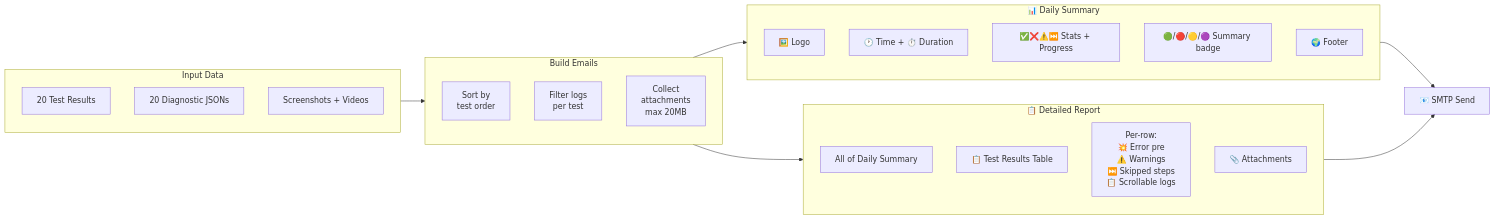
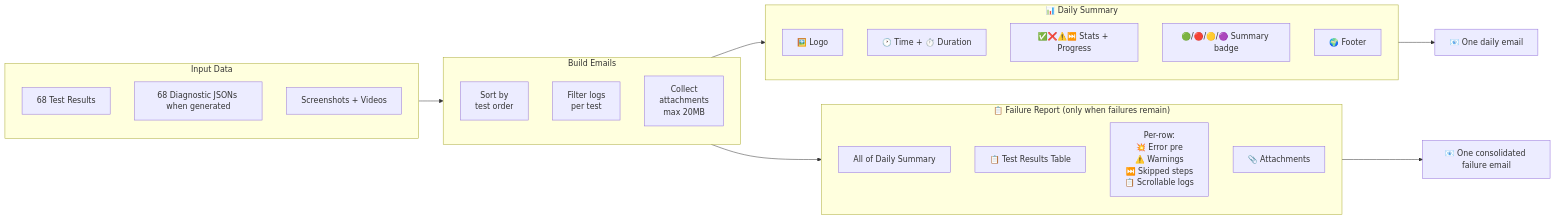
One commit to GeoWGS84-Testing/datastore84-new-testing changed diagram 21 of 24 in README.md. Above: the diagram before and after it, drawn with Mermaid. The commit also changed other lines of this file and 3 other files, not shown here.

````diff
--- a/README.md
+++ b/README.md
@@ -944,37 +973,37 @@
 ```mermaid
 flowchart LR
     subgraph INPUT["Input Data"]
-        A[20 Test Results]
-        B[20 Diagnostic JSONs]
+        A[68 Test Results]
+        B[68 Diagnostic JSONs when generated]
         C[Screenshots + Videos]
     end
 
     INPUT --> BUILD
 
     subgraph BUILD["Build Emails"]
         D[Sort by<br/>test order]
         E[Filter logs<br/>per test]
         F[Collect<br/>attachments<br/>max 20MB]
     end
 
     BUILD --> EMAIL1
     BUILD --> EMAIL2
 
     subgraph EMAIL1["📊 Daily Summary"]
         G1[🖼️ Logo]
         G2[🕐 Time + ⏱️ Duration]
         G3[✅❌⚠️⏭️ Stats + Progress]
         G4[🟢/🔴/🟡/🟣 Summary badge]
         G5[🌍 Footer]
     end
 
-    subgraph EMAIL2["📋 Detailed Report"]
+    subgraph EMAIL2["📋 Failure Report (only when failures remain)"]
         H1[All of Daily Summary]
         H2[📋 Test Results Table]
         H3[Per-row:<br/>💥 Error pre<br/>⚠️ Warnings<br/>⏭️ Skipped steps<br/>📋 Scrollable logs]
         H4[📎 Attachments]
     end
 
-    EMAIL1 --> SMTP["📧 SMTP Send"]
-    EMAIL2 --> SMTP
+    EMAIL1 --> SMTP["📧 One daily email"]
+    EMAIL2 --> SMTP2["📧 One consolidated failure email"]
 ```
````
